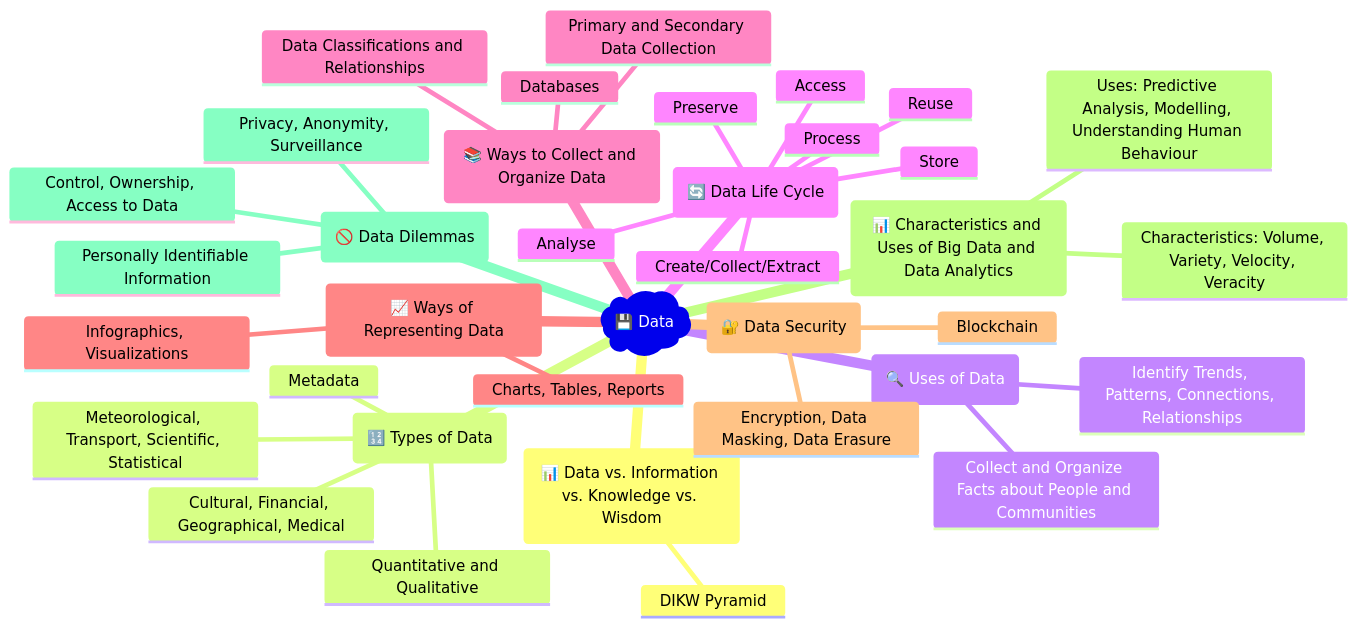
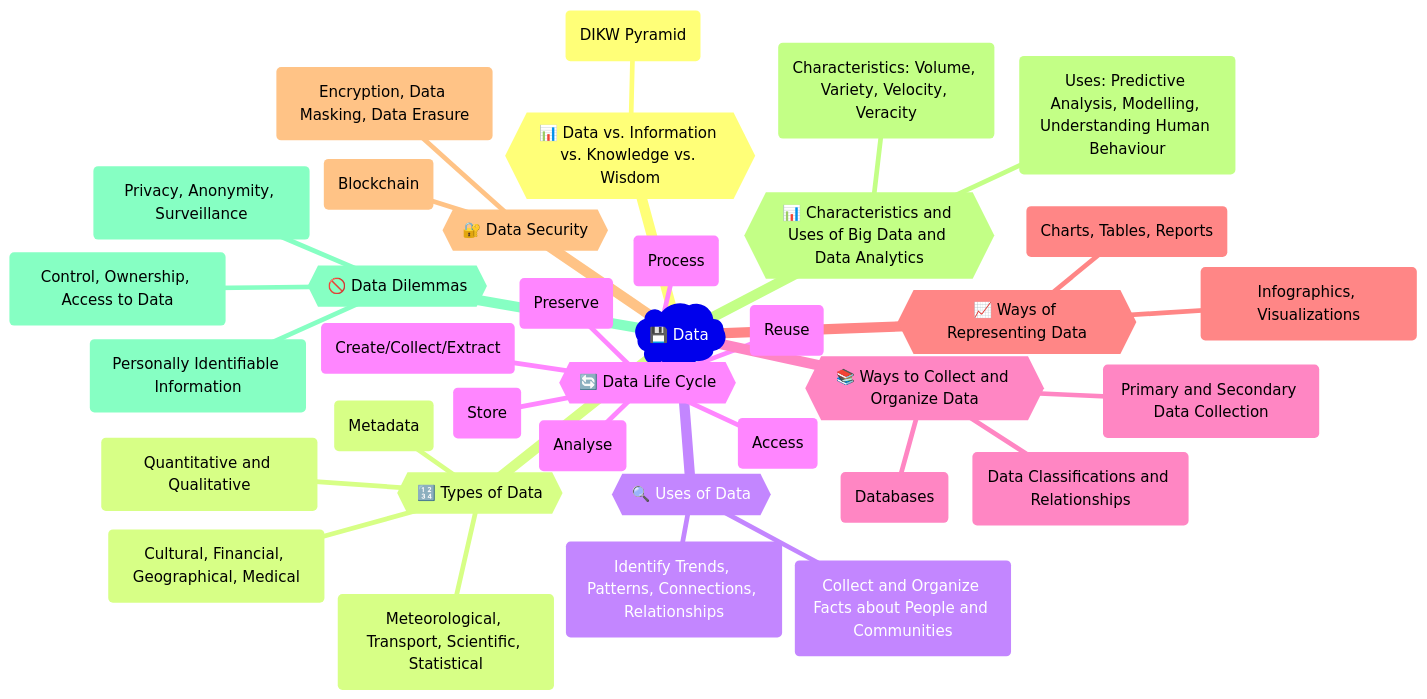
The diagram in docs/content/31-data.md (frederic-nevers/digsocrevision), drawn with Mermaid before and after one commit. The commit also changed other lines of this file and 26 other files, not shown here.

````diff
--- a/docs/content/31-data.md
+++ b/docs/content/31-data.md
@@ -11,40 +11,40 @@
 ```mermaid
 
 mindmap
-  )💾 Data(
-    (📊 Data vs. Information vs. Knowledge vs. Wisdom)
-      DIKW Pyramid
-    (🔢 Types of Data)
-      Quantitative and Qualitative
-      Cultural, Financial, Geographical, Medical
-      Meteorological, Transport, Scientific, Statistical
-      Metadata
-    (🔍 Uses of Data)
-      Identify Trends, Patterns, Connections, Relationships
-      Collect and Organize Facts about People and Communities
-    (🔄 Data Life Cycle)
-      Create/Collect/Extract
-      Store
-      Process
-      Analyse
-      Access
-      Preserve
-      Reuse
-    (📚 Ways to Collect and Organize Data)
-      Primary and Secondary Data Collection
-      Databases
-      Data Classifications and Relationships
-    (📈 Ways of Representing Data)
-      Charts, Tables, Reports
-      Infographics, Visualizations
-    (🔐 Data Security)
-      Encryption, Data Masking, Data Erasure
-      Blockchain
-    (📊 Characteristics and Uses of Big Data and Data Analytics)
-      Characteristics: Volume, Variety, Velocity, Veracity
-      Uses: Predictive Analysis, Modelling, Understanding Human Behaviour
-    (🚫 Data Dilemmas)
-      Control, Ownership, Access to Data
-      Privacy, Anonymity, Surveillance
-      Personally Identifiable Information
+  root)💾 Data(
+    {{📊 Data vs. Information vs. Knowledge vs. Wisdom}}
+      (DIKW Pyramid)
+    {{🔢 Types of Data}}
+      (Quantitative and Qualitative)
+      (Cultural, Financial, Geographical, Medical)
+      (Meteorological, Transport, Scientific, Statistical)
+      (Metadata)
+    {{🔍 Uses of Data}}
+      (Identify Trends, Patterns, Connections, Relationships)
+      (Collect and Organize Facts about People and Communities)
+    {{🔄 Data Life Cycle}}
+      (Create/Collect/Extract)
+      (Store)
+      (Process)
+      (Analyse)
+      (Access)
+      (Preserve)
+      (Reuse)
+    {{📚 Ways to Collect and Organize Data}}
+      (Primary and Secondary Data Collection)
+      (Databases)
+      (Data Classifications and Relationships)
+    {{📈 Ways of Representing Data}}
+      (Charts, Tables, Reports)
+      (Infographics, Visualizations)
+    {{🔐 Data Security}}
+      (Encryption, Data Masking, Data Erasure)
+      (Blockchain)
+    {{📊 Characteristics and Uses of Big Data and Data Analytics}}
+      (Characteristics: Volume, Variety, Velocity, Veracity)
+      (Uses: Predictive Analysis, Modelling, Understanding Human Behaviour)
+    {{🚫 Data Dilemmas}}
+      (Control, Ownership, Access to Data)
+      (Privacy, Anonymity, Surveillance)
+      (Personally Identifiable Information)
 ```
````
